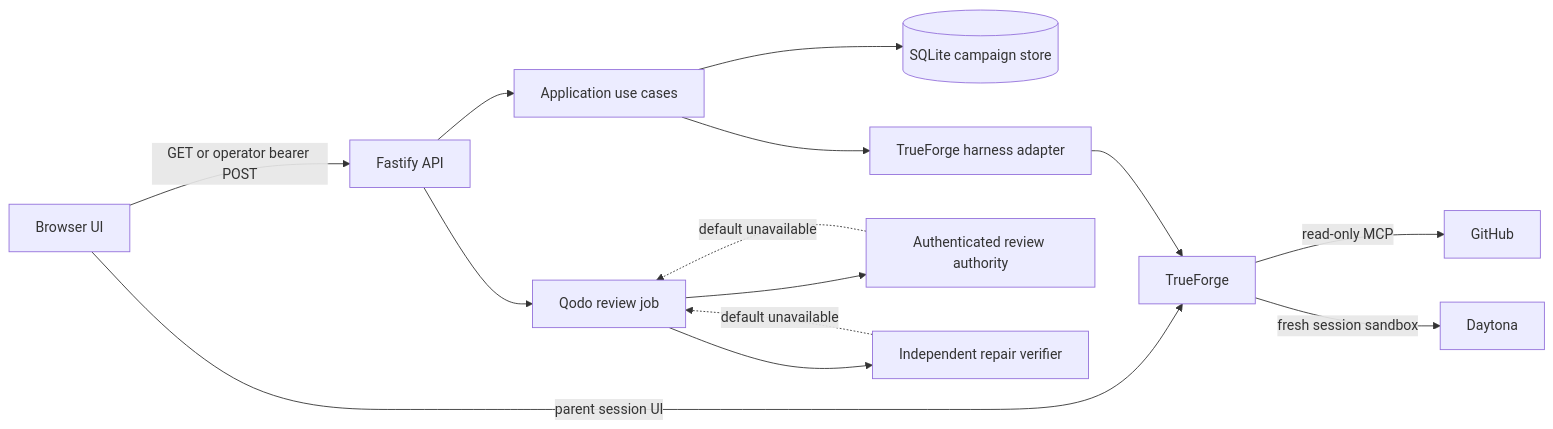
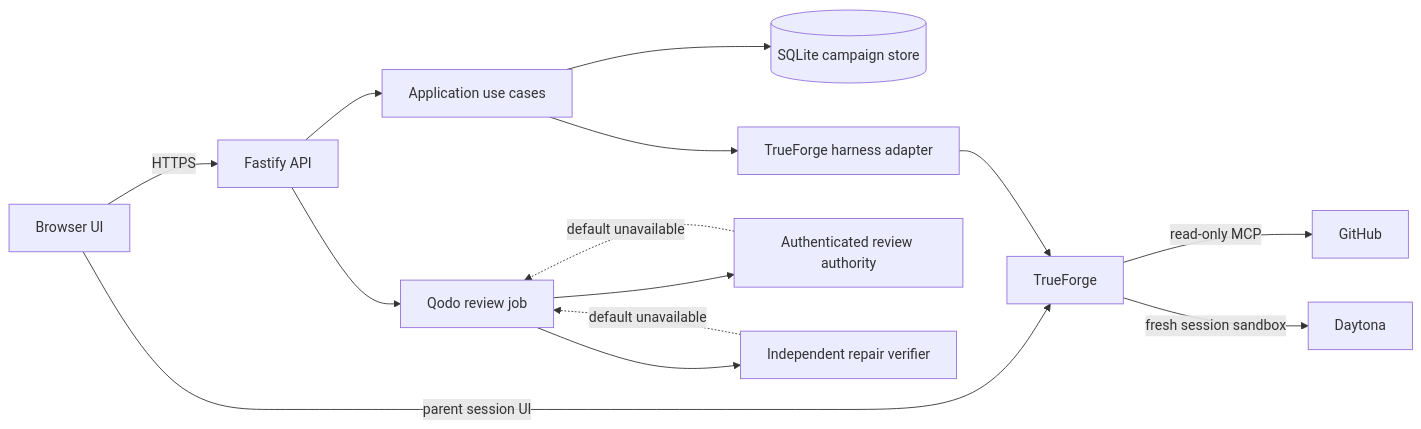
One commit to mohantyabhijit/agent-harness changed the diagram in docs/architecture.md. Above: the diagram before and after it, drawn with Mermaid. The commit also changed other lines of this file and 20 other files, not shown here.

````diff
--- a/docs/architecture.md
+++ b/docs/architecture.md
@@ -7,16 +7,16 @@
 ```mermaid
 flowchart LR
-    B[Browser UI] -->|GET or operator bearer POST| A[Fastify API]
+    B[Browser UI] -->|HTTPS| A[Fastify API]
     B -->|parent session UI| T[TrueForge]
     A --> C[Application use cases]
     C --> D[(SQLite campaign store)]
     C --> H[TrueForge harness adapter]
     H --> T
     T -->|read-only MCP| G[GitHub]
     T -->|fresh session sandbox| S[Daytona]
     A --> J[Qodo review job]
     J --> Q[Authenticated review authority]
     J --> V[Independent repair verifier]
     Q -. default unavailable .-> J
     V -. default unavailable .-> J
 ```
````
